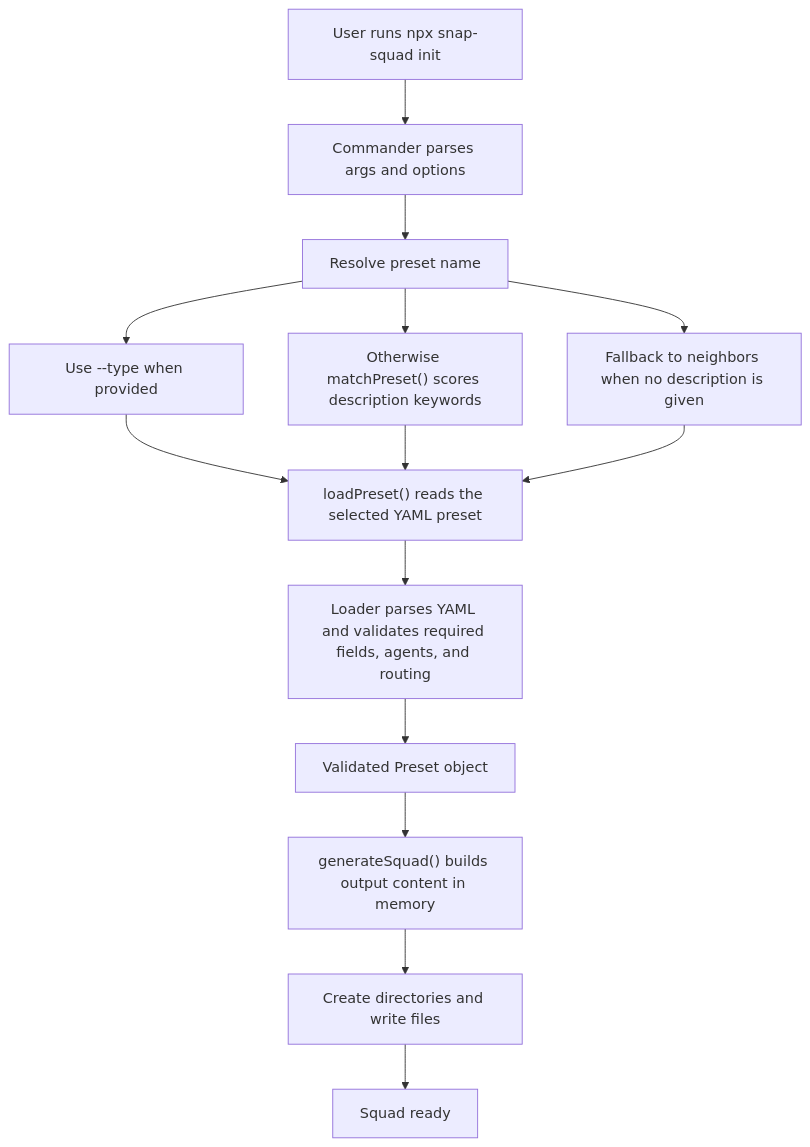
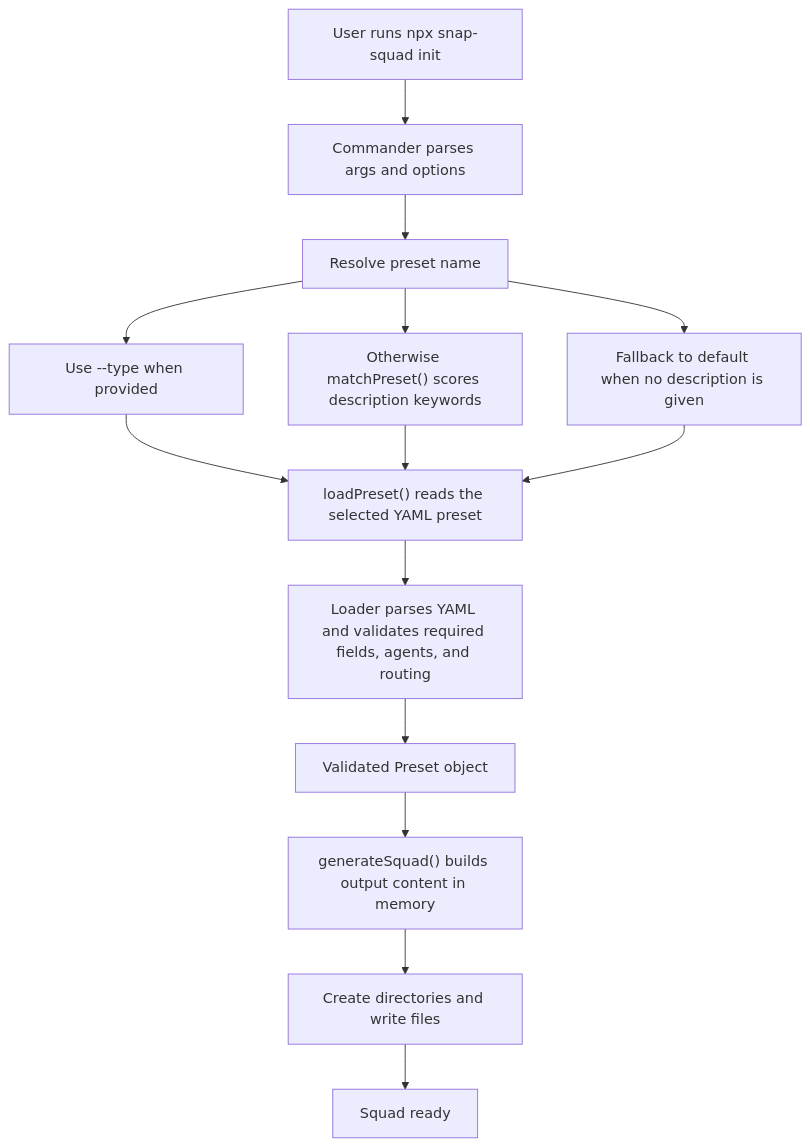
The first of 4 diagrams in docs/architecture.md (paulyuk/snap-squad), drawn with Mermaid before and after one commit. The commit also changed 31 other files, not shown here.

First line of the commit message:
Rename presets: neighbors→default, dash→fast, sages→mentors, Oracle→Polaris

````diff
--- a/docs/architecture.md
+++ b/docs/architecture.md
@@ -9,16 +9,16 @@
 ```mermaid
 graph TD
   A["User runs npx snap-squad init"] --> B["Commander parses args and options"]
   B --> C["Resolve preset name"]
   C --> C1["Use --type when provided"]
   C --> C2["Otherwise matchPreset() scores description keywords"]
-  C --> C3["Fallback to neighbors when no description is given"]
+  C --> C3["Fallback to default when no description is given"]
   C1 --> D["loadPreset() reads the selected YAML preset"]
   C2 --> D
   C3 --> D
   D --> E["Loader parses YAML and validates required fields, agents, and routing"]
   E --> F["Validated Preset object"]
   F --> G["generateSquad() builds output content in memory"]
   G --> H["Create directories and write files"]
   H --> I["Squad ready"]
 ```
````
